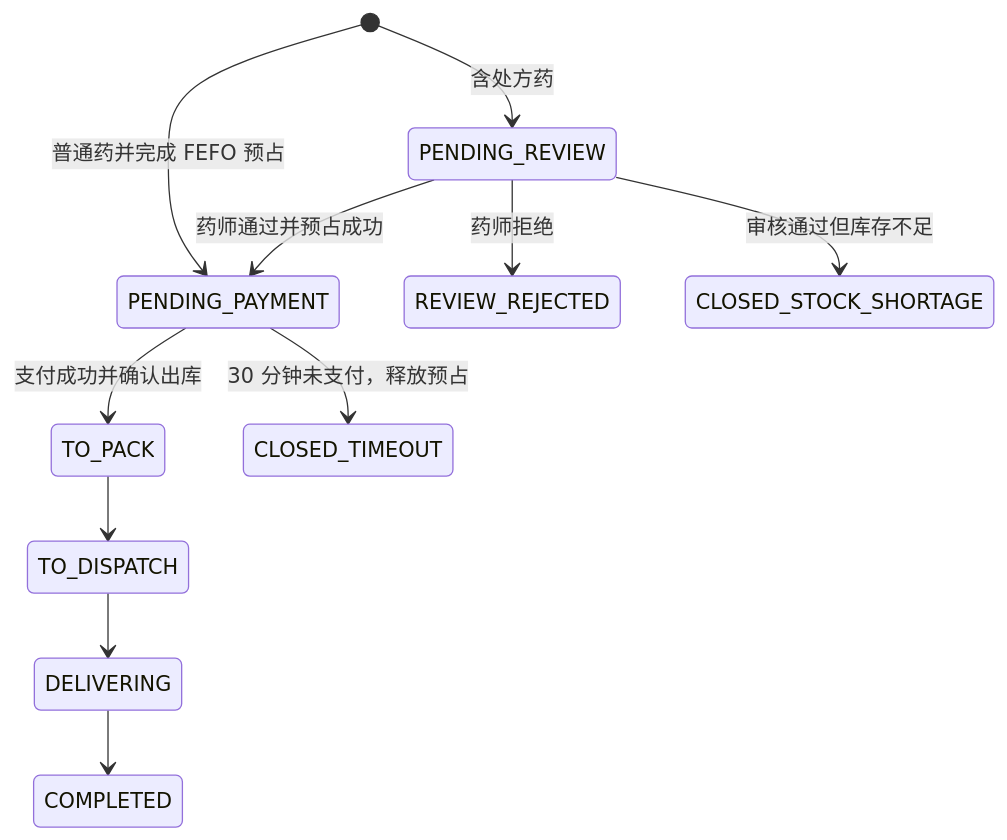
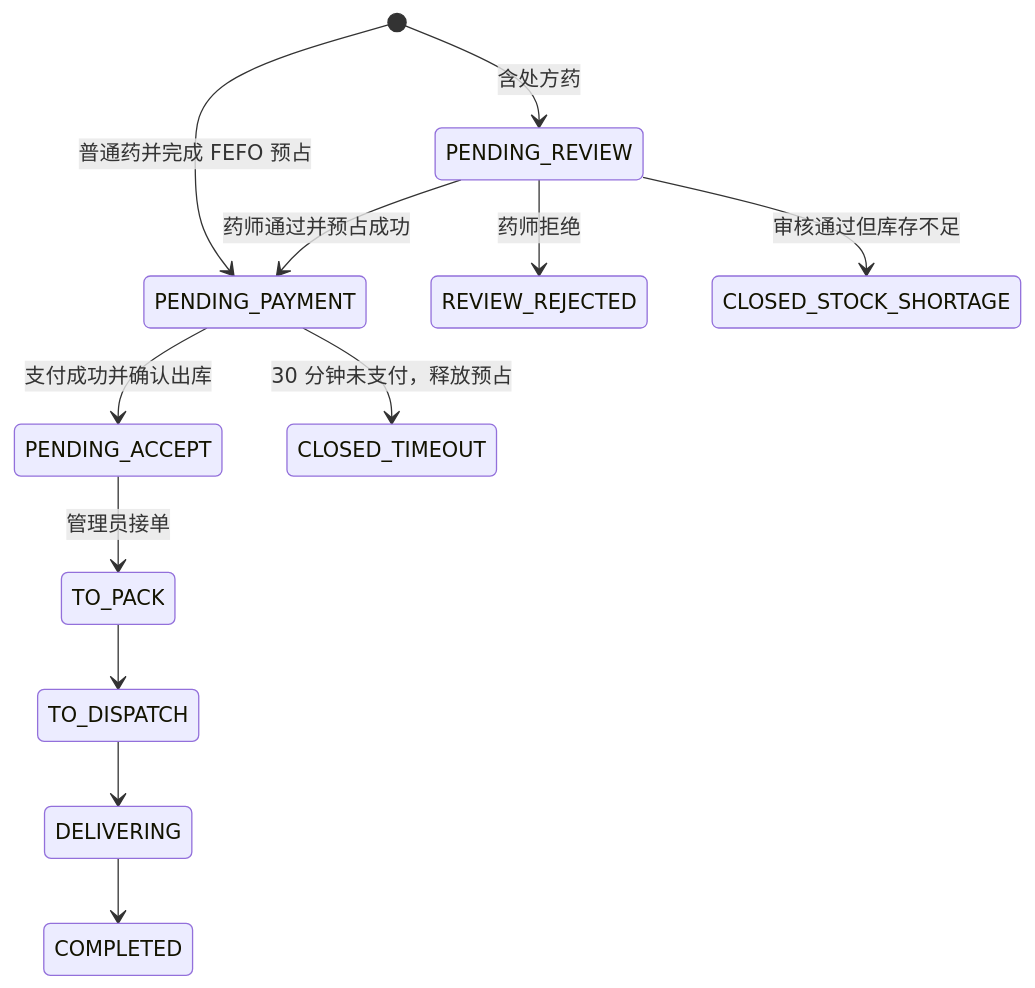
The diagram in docs/architecture.md (LingXI5499/pharmacy-delivery-system), drawn with Mermaid before and after one commit. The commit also changed other lines of this file and 18 other files, not shown here.

````diff
--- a/docs/architecture.md
+++ b/docs/architecture.md
@@ -9,13 +9,14 @@
 ```mermaid
 stateDiagram-v2
   [*] --> PENDING_REVIEW: 含处方药
   [*] --> PENDING_PAYMENT: 普通药并完成 FEFO 预占
   PENDING_REVIEW --> PENDING_PAYMENT: 药师通过并预占成功
   PENDING_REVIEW --> REVIEW_REJECTED: 药师拒绝
   PENDING_REVIEW --> CLOSED_STOCK_SHORTAGE: 审核通过但库存不足
-  PENDING_PAYMENT --> TO_PACK: 支付成功并确认出库
+  PENDING_PAYMENT --> PENDING_ACCEPT: 支付成功并确认出库
   PENDING_PAYMENT --> CLOSED_TIMEOUT: 30 分钟未支付，释放预占
+  PENDING_ACCEPT --> TO_PACK: 管理员接单
   TO_PACK --> TO_DISPATCH
   TO_DISPATCH --> DELIVERING
   DELIVERING --> COMPLETED
 ```
````
